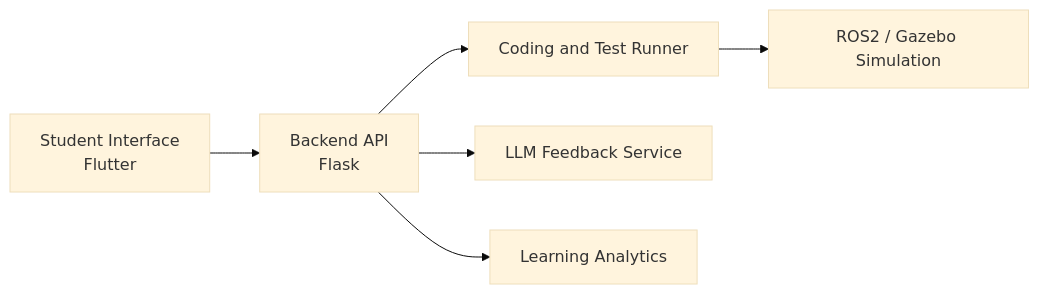
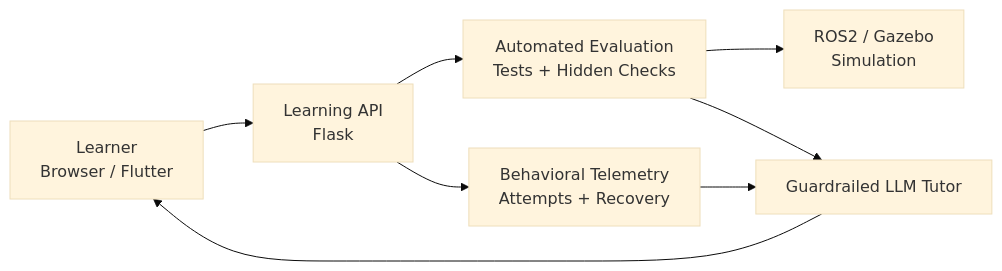
One commit to CS-Ponkoj/CS-Ponkoj changed the diagram in docs/ai-assisted-robotics-platform.md. Above: the diagram before and after it, drawn with Mermaid (base theme). The commit also changed other lines of this file and 10 other files, not shown here.

````diff
--- a/docs/ai-assisted-robotics-platform.md
+++ b/docs/ai-assisted-robotics-platform.md
@@ -23,8 +21,10 @@
 ```mermaid
 flowchart LR
-    A["Student Interface<br/>Flutter"] --> B["Backend API<br/>Flask"]
-    B --> C["Coding and Test Runner"]
-    C --> D["ROS2 / Gazebo Simulation"]
-    B --> E["LLM Feedback Service"]
-    B --> F["Learning Analytics"]
+    A["Learner<br/>Browser / Flutter"] --> B["Learning API<br/>Flask"]
+    B --> C["Automated Evaluation<br/>Tests + Hidden Checks"]
+    C --> D["ROS2 / Gazebo<br/>Simulation"]
+    B --> E["Behavioral Telemetry<br/>Attempts + Recovery"]
+    C --> F["Guardrailed LLM Tutor"]
+    E --> F
+    F --> A
 ```
````
